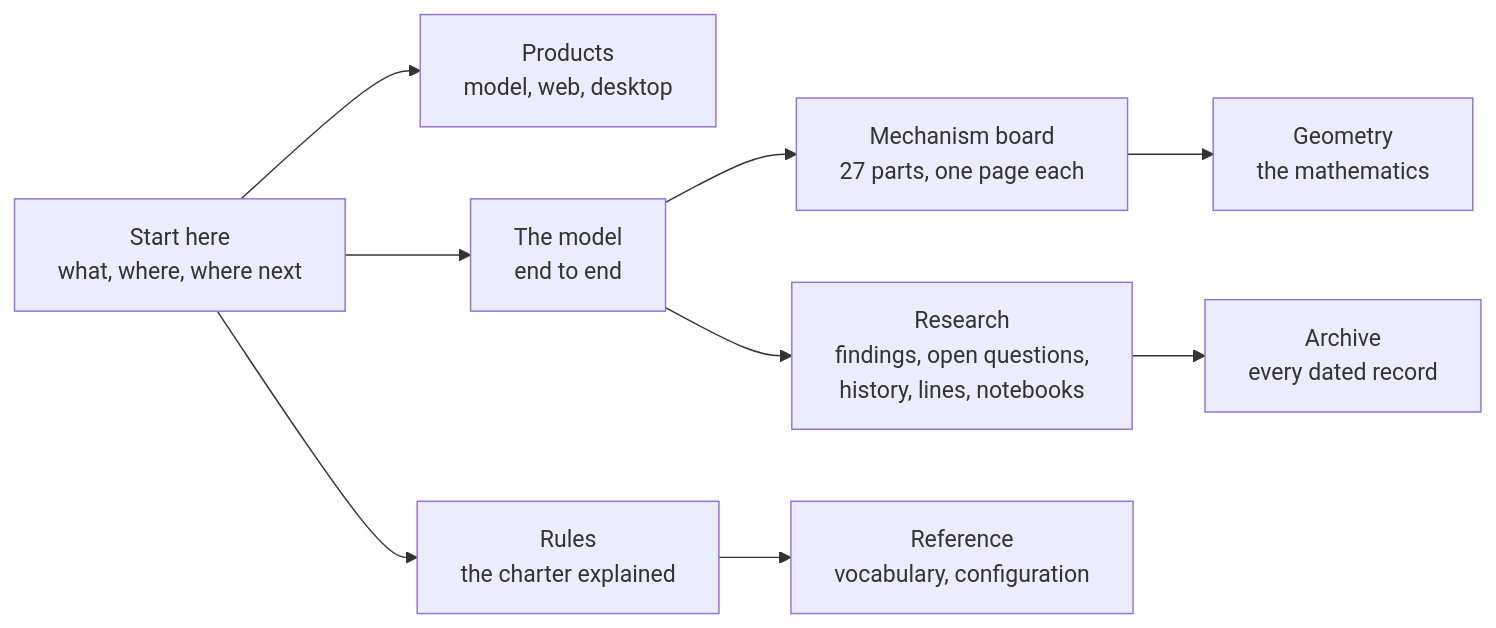
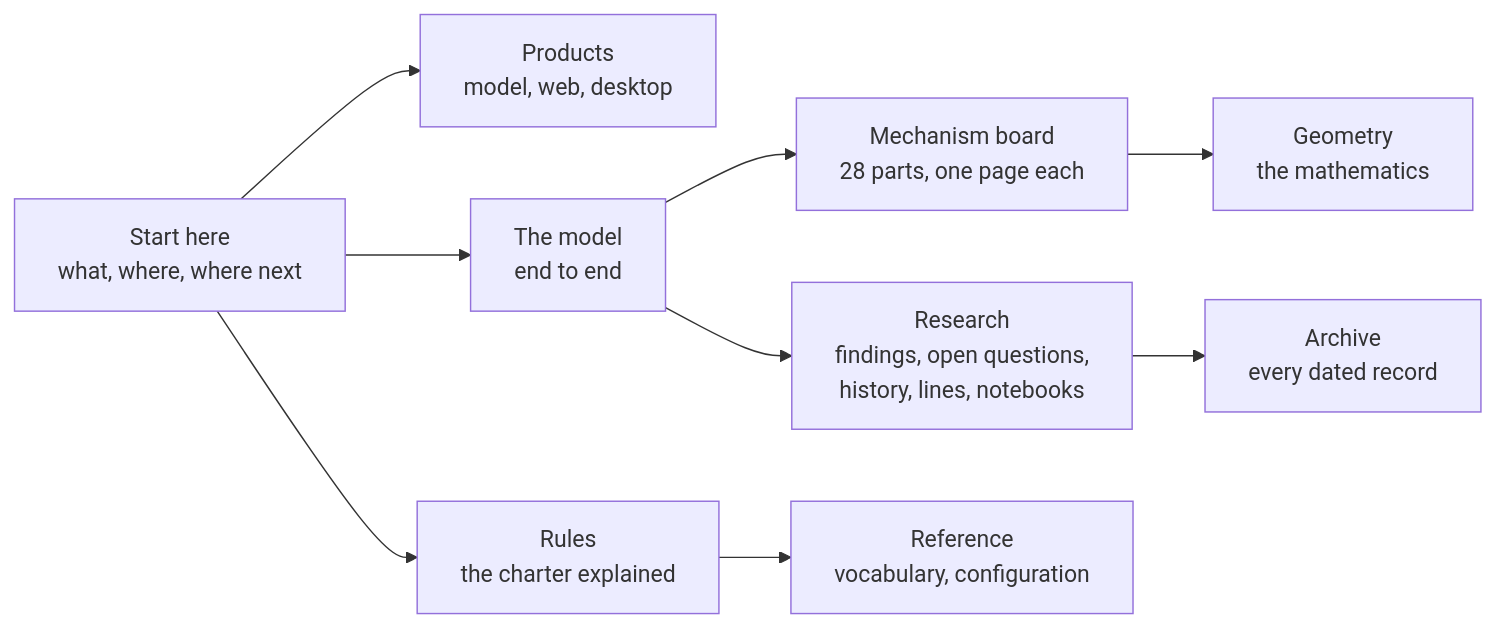
One commit to UOR-Foundation/uor-r4 changed the diagram in docs/README.md. Above: the diagram before and after it, drawn with Mermaid. The commit also changed other lines of this file and 57 other files, not shown here.

````diff
--- a/docs/README.md
+++ b/docs/README.md
@@ -15,11 +15,11 @@
 ```mermaid
 flowchart LR
   S["Start here<br/>what, where, where next"] --> P["Products<br/>model, web, desktop"]
   S --> M["The model<br/>end to end"]
-  M --> MB["Mechanism board<br/>27 parts, one page each"]
+  M --> MB["Mechanism board<br/>28 parts, one page each"]
   MB --> G["Geometry<br/>the mathematics"]
   M --> R["Research<br/>findings, open questions,<br/>history, lines, notebooks"]
   R --> A["Archive<br/>every dated record"]
   S --> RU["Rules<br/>the charter explained"]
   RU --> REF["Reference<br/>vocabulary, configuration"]
 ```
````
